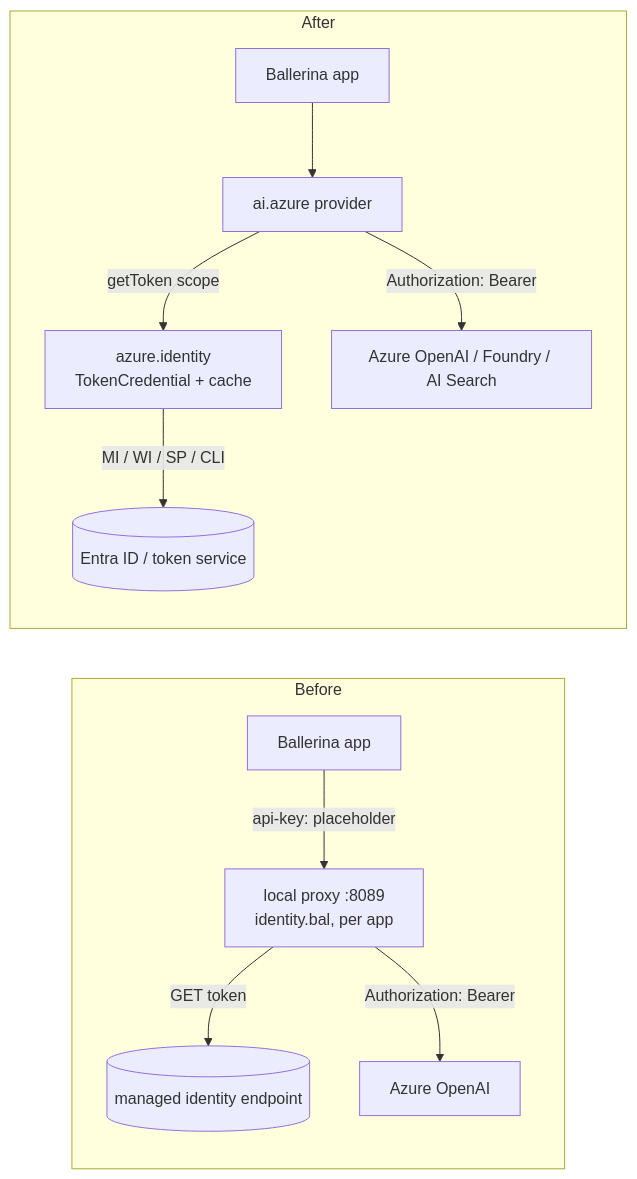
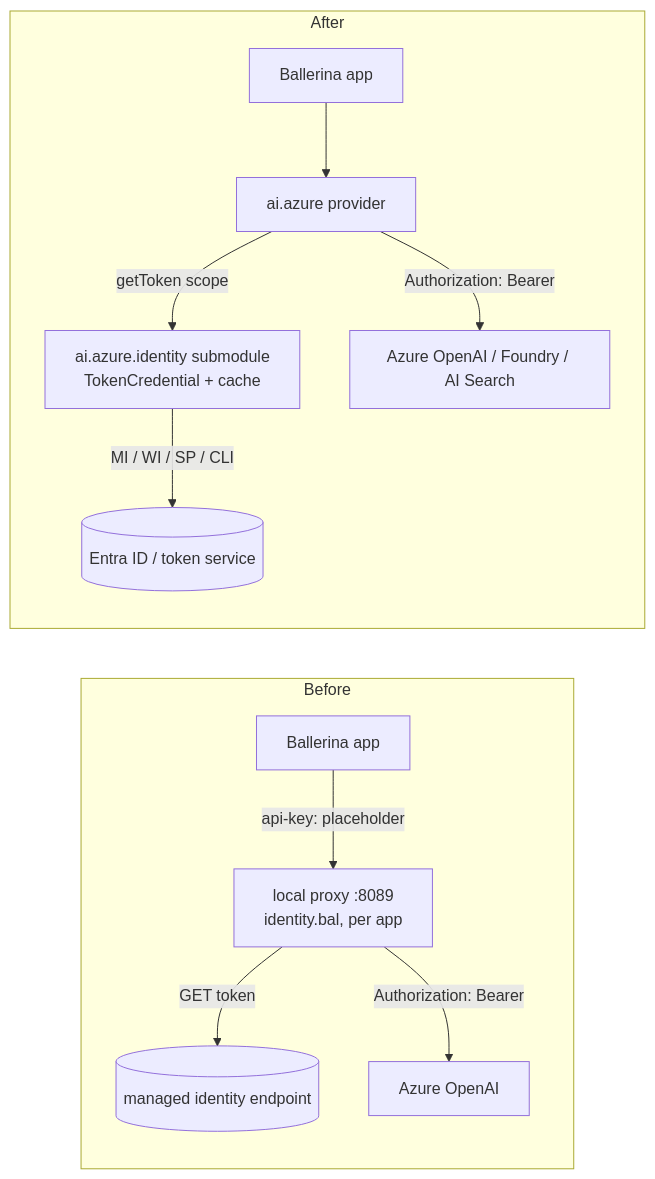
Before and after one commit to SahanjithD/ballerina-agents-azure-foundry: the first of 4 diagrams in docs/design/entra-auth-ai-azure.md, drawn with Mermaid. The commit also changed other lines of this file and 1 other file, not shown here.

First line of the commit message:
Entra auth design: keep identity inside ai.azure; add summary

````diff
--- a/docs/design/entra-auth-ai-azure.md
+++ b/docs/design/entra-auth-ai-azure.md
@@ -24,14 +26,14 @@
 ```mermaid
 flowchart LR
     subgraph Before
         A1[Ballerina app] -->|api-key: placeholder| P[local proxy :8089<br/>identity.bal, per app]
         P -->|GET token| MI1[(managed identity endpoint)]
         P -->|Authorization: Bearer| S1[Azure OpenAI]
     end
     subgraph After
         A2[Ballerina app] --> AZ[ai.azure provider]
-        AZ -->|getToken scope| ID[azure.identity<br/>TokenCredential + cache]
+        AZ -->|getToken scope| ID[ai.azure.identity submodule<br/>TokenCredential + cache]
         ID -->|MI / WI / SP / CLI| E[(Entra ID / token service)]
         AZ -->|Authorization: Bearer| S2[Azure OpenAI / Foundry / AI Search]
     end
 ```
````
